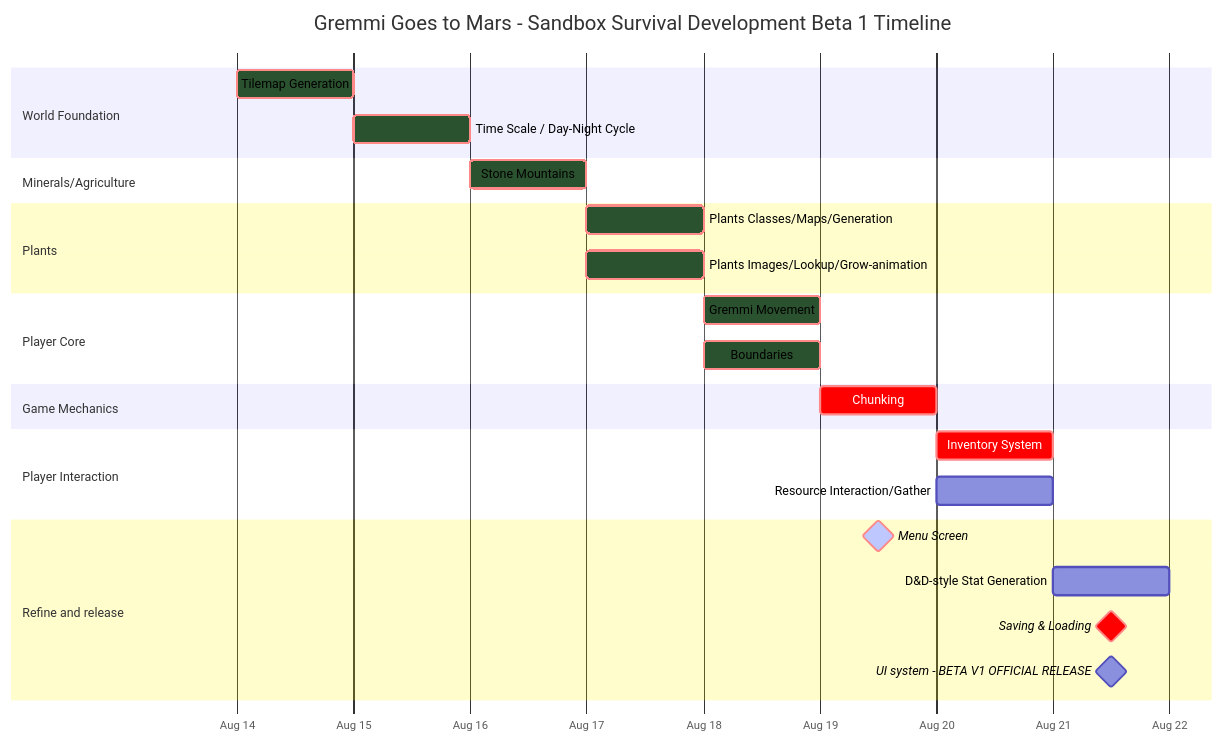
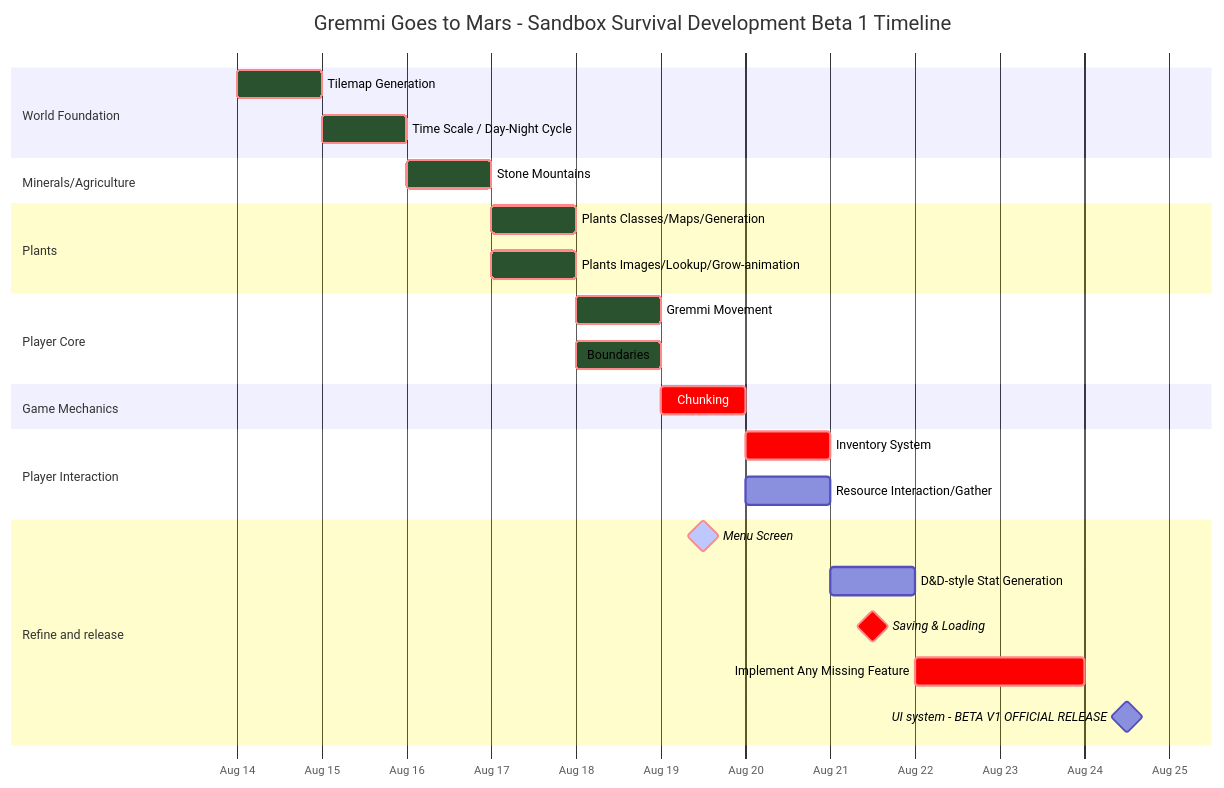
The second of 3 diagrams in dist/README.md (Jacobchestnut16/GremmiGoesToMars), drawn with Mermaid before and after one commit. The commit also changed other lines of this file, not shown here.

Commit message:
gantt update

````diff
--- a/dist/README.md
+++ b/dist/README.md
@@ -51,49 +65,50 @@
 ```mermaid
 %%{
     init: {
         'gantt': {
             'leftPadding': 200,
             'barHeight': 25,
             'barGap': 15,
             'topPadding': 60
         },
         'themeVariables': {
             'doneTaskBkgColor': '#2B522EFF'
         }
     }
 }%%
 gantt
     title Gremmi Goes to Mars - Sandbox Survival Development Beta 1 Timeline
     dateFormat  YYYY-MM-DD
     axisFormat  %b %d
     
     
     section World Foundation
     Tilemap Generation                          :crit, done, a1, 2025-08-14, 1d
     Time Scale / Day-Night Cycle                :crit, done, a2, after a1, 1d
     
     section Minerals/Agriculture
     Stone Mountains                             :crit, done, a4, after a2, 1d
     
     section Plants
     Plants Classes/Maps/Generation              :crit, done, a5, after a4, 0.5d
     Plants Images/Lookup/Grow-animation         :crit, done, a6, after a4, 0.5d
    
     
     section Player Core
     Gremmi Movement                 :crit, done, b1, after a5, 0.5d
     Boundaries                      :crit, done,  c4, after a5, 0.5d
     
     section Game Mechanics
-    Chunking                        :crit, c2, after c4, 0.5d
+    Chunking                        :crit, c2, after c4, 1d
     
     section Player Interaction
     Inventory System                :crit, b3, after c2, 0.5d
     Resource Interaction/Gather     :b5, after c2, 0.5d
     
     section Refine and release
     Menu Screen                              :crit, active, milestone, b9, after c4, 1d
     D&D-style Stat Generation                :b2, after b5, 0.5d
     Saving & Loading                         :crit, milestone, b4, after b5, 1d
-    UI system - BETA V1 OFFICIAL RELEASE     :milestone, release1, after b5, 1d
+    Implement Any Missing Feature            :crit, oversee1, after b4, 2d
+    UI system - BETA V1 OFFICIAL RELEASE     :milestone, release1, after oversee1, 1d
 ```
````
